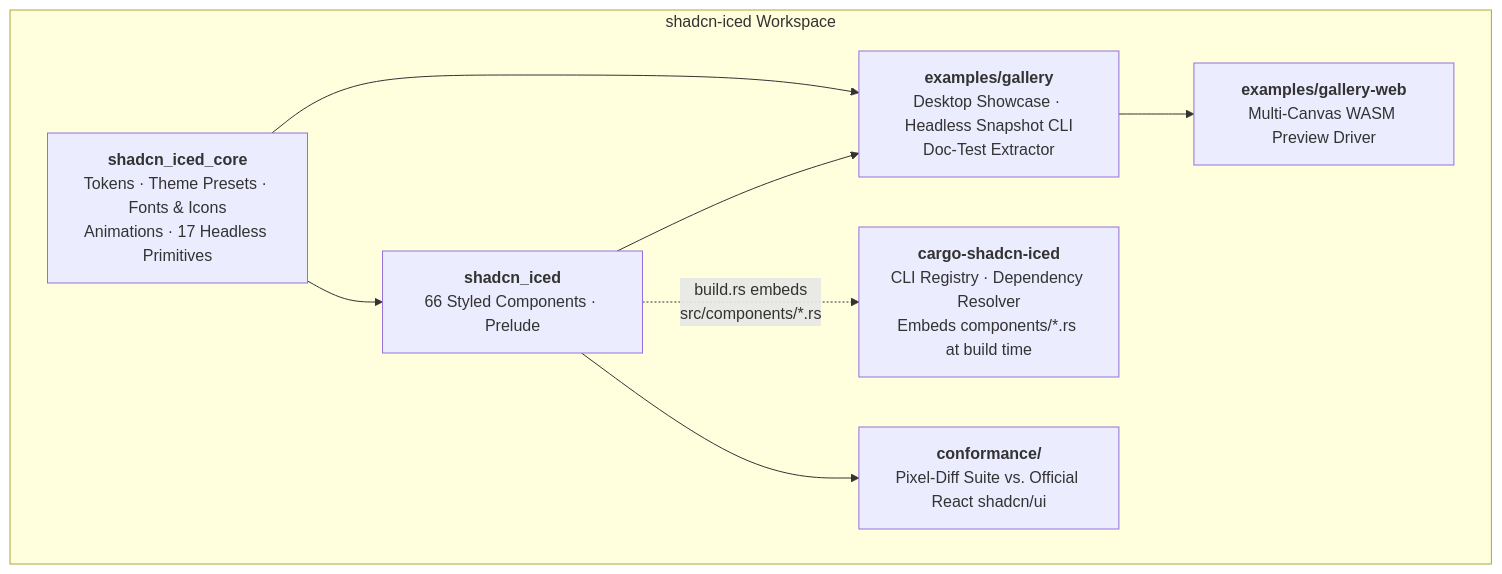
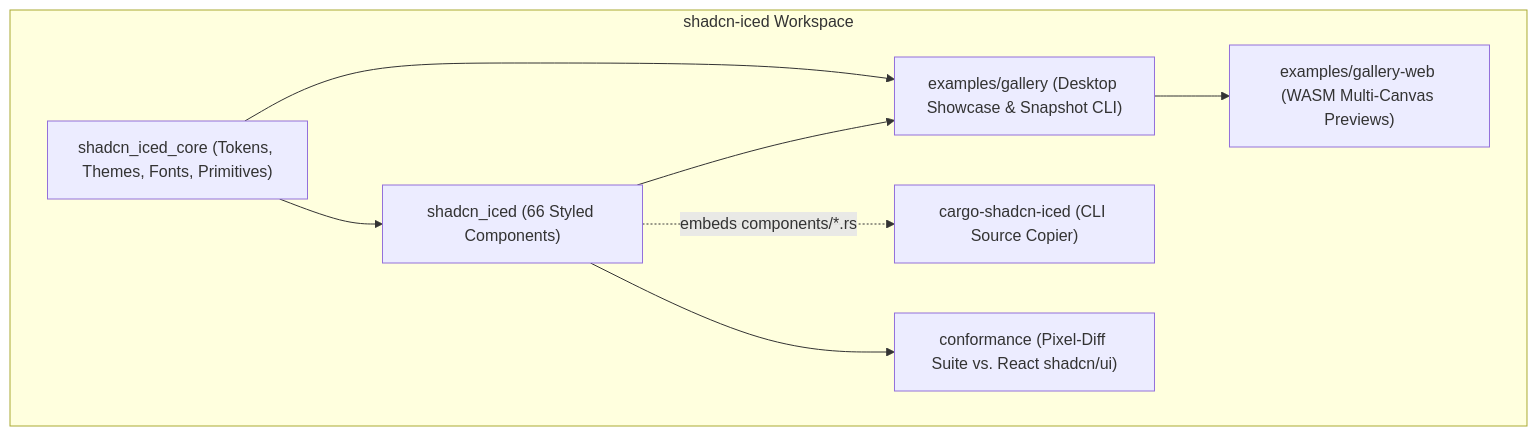
One commit to r4ai/shadcn-iced changed the first of 5 diagrams in docs/architecture.md. Above: the diagram before and after it, drawn with Mermaid. The commit also changed other lines of this file and 13 other files, not shown here.

Commit message:
docs: unify screenshots in dark mode, fix mermaid diagrams, and refine list/table formatting

````diff
--- a/docs/architecture.md
+++ b/docs/architecture.md
@@ -13,18 +11,18 @@
 ```mermaid
 flowchart TD
     subgraph Workspace["shadcn-iced Workspace"]
-        Core["<b>shadcn_iced_core</b><br/>Tokens · Theme Presets · Fonts & Icons<br/>Animations · 17 Headless Primitives"]
-        Lib["<b>shadcn_iced</b><br/>66 Styled Components · Prelude"]
-        CLI["<b>cargo-shadcn-iced</b><br/>CLI Registry · Dependency Resolver<br/>Embeds components/*.rs at build time"]
-        Gallery["<b>examples/gallery</b><br/>Desktop Showcase · Headless Snapshot CLI<br/>Doc-Test Extractor"]
-        Web["<b>examples/gallery-web</b><br/>Multi-Canvas WASM Preview Driver"]
-        Conf["<b>conformance/</b><br/>Pixel-Diff Suite vs. Official React shadcn/ui"]
+        Core["shadcn_iced_core (Tokens, Themes, Fonts, Primitives)"]
+        Lib["shadcn_iced (66 Styled Components)"]
+        CLI["cargo-shadcn-iced (CLI Source Copier)"]
+        Gallery["examples/gallery (Desktop Showcase & Snapshot CLI)"]
+        Web["examples/gallery-web (WASM Multi-Canvas Previews)"]
+        Conf["conformance (Pixel-Diff Suite vs. React shadcn/ui)"]
     end
 
     Core --> Lib
     Core --> Gallery
     Lib --> Gallery
     Gallery --> Web
-    Lib -. "build.rs embeds<br/>src/components/*.rs" .-> CLI
+    Lib -. "embeds components/*.rs" .-> CLI
     Lib --> Conf
 ```
````
